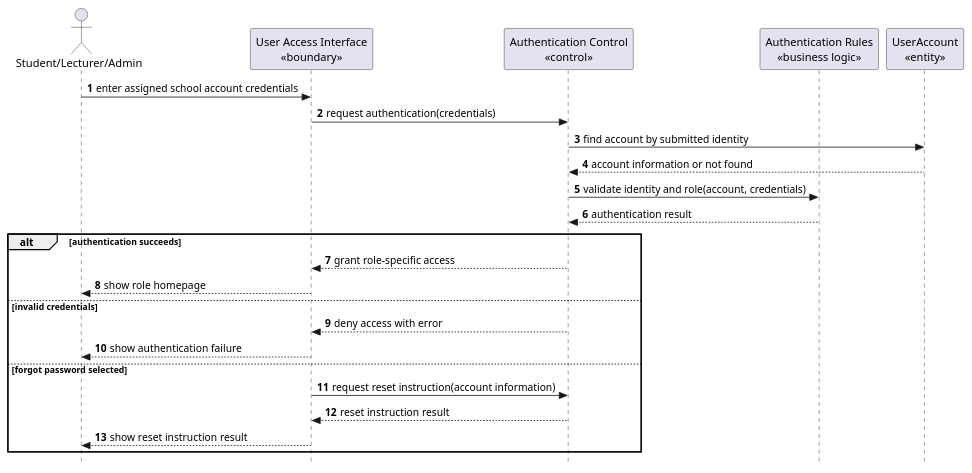
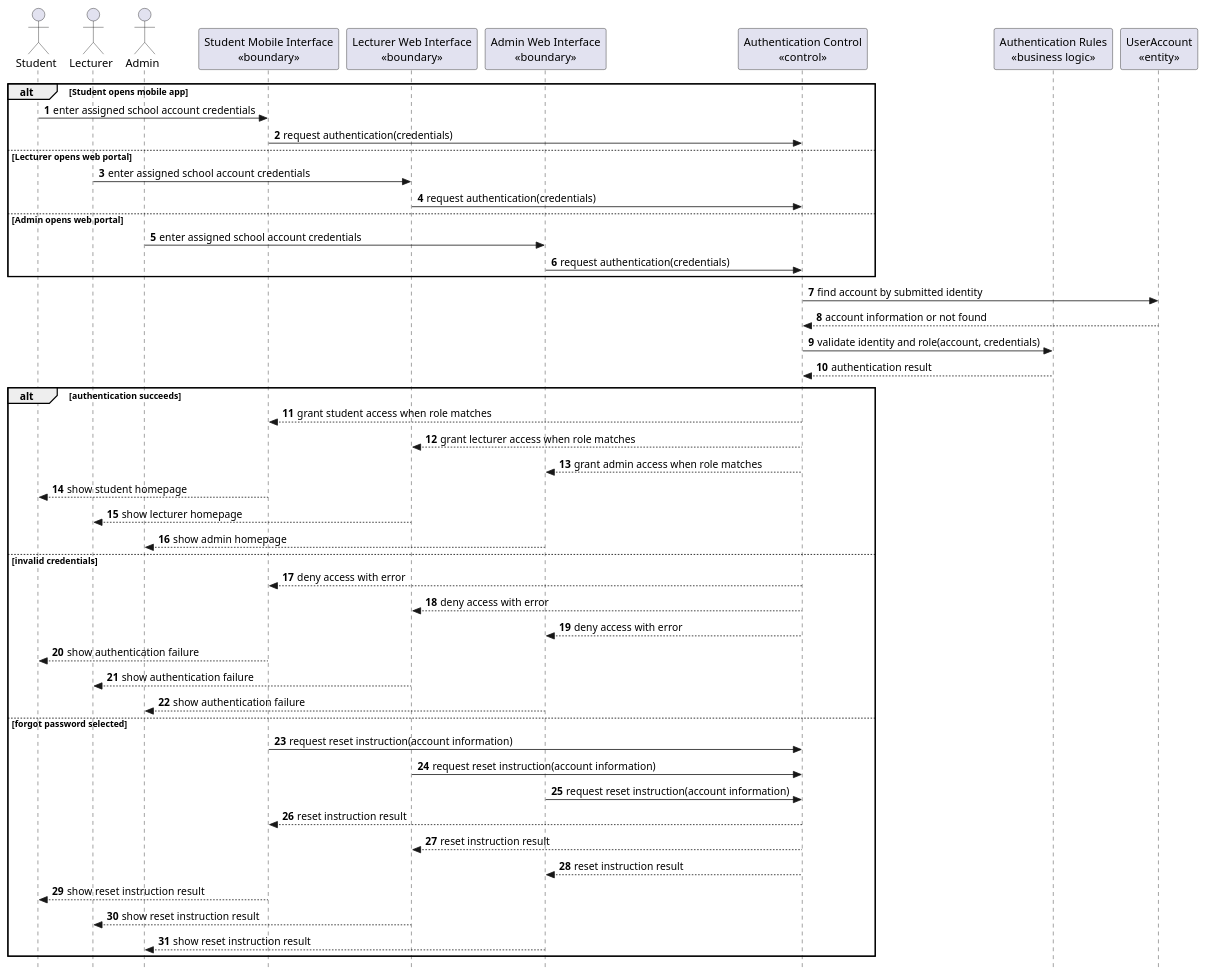
Before and after one commit to nttung42/SWD392: the fourth of 26 diagrams in docs/sds/2_Analysis.md, drawn with PlantUML. The commit also changed other lines of this file, not shown here.

Commit message:
tmp Contextual boundary class diagram

````diff
--- a/docs/sds/2_Analysis.md
+++ b/docs/sds/2_Analysis.md
@@ -255,30 +367,57 @@
 ```plantuml
 @startuml
 skinparam style strictuml
 autonumber
-actor "Student/Lecturer/Admin" as User
-participant "User Access Interface\n«boundary»" as UI
+actor "Student" as Student
+actor "Lecturer" as Lecturer
+actor "Admin" as Admin
+participant "Student Mobile Interface\n«boundary»" as StudentUI
+participant "Lecturer Web Interface\n«boundary»" as LecturerUI
+participant "Admin Web Interface\n«boundary»" as AdminUI
 participant "Authentication Control\n«control»" as AuthControl
 participant "Authentication Rules\n«business logic»" as AuthRules
 participant "UserAccount\n«entity»" as UserAccount
 
-User -> UI : enter assigned school account credentials
-UI -> AuthControl : request authentication(credentials)
+alt Student opens mobile app
+  Student -> StudentUI : enter assigned school account credentials
+  StudentUI -> AuthControl : request authentication(credentials)
+else Lecturer opens web portal
+  Lecturer -> LecturerUI : enter assigned school account credentials
+  LecturerUI -> AuthControl : request authentication(credentials)
+else Admin opens web portal
+  Admin -> AdminUI : enter assigned school account credentials
+  AdminUI -> AuthControl : request authentication(credentials)
+end
+
 AuthControl -> UserAccount : find account by submitted identity
 UserAccount --> AuthControl : account information or not found
 AuthControl -> AuthRules : validate identity and role(account, credentials)
 AuthRules --> AuthControl : authentication result
 
 alt authentication succeeds
-  AuthControl --> UI : grant role-specific access
-  UI --> User : show role homepage
+  AuthControl --> StudentUI : grant student access when role matches
+  AuthControl --> LecturerUI : grant lecturer access when role matches
+  AuthControl --> AdminUI : grant admin access when role matches
+  StudentUI --> Student : show student homepage
+  LecturerUI --> Lecturer : show lecturer homepage
+  AdminUI --> Admin : show admin homepage
 else invalid credentials
-  AuthControl --> UI : deny access with error
-  UI --> User : show authentication failure
+  AuthControl --> StudentUI : deny access with error
+  AuthControl --> LecturerUI : deny access with error
+  AuthControl --> AdminUI : deny access with error
+  StudentUI --> Student : show authentication failure
+  LecturerUI --> Lecturer : show authentication failure
+  AdminUI --> Admin : show authentication failure
 else forgot password selected
-  UI -> AuthControl : request reset instruction(account information)
-  AuthControl --> UI : reset instruction result
-  UI --> User : show reset instruction result
+  StudentUI -> AuthControl : request reset instruction(account information)
+  LecturerUI -> AuthControl : request reset instruction(account information)
+  AdminUI -> AuthControl : request reset instruction(account information)
+  AuthControl --> StudentUI : reset instruction result
+  AuthControl --> LecturerUI : reset instruction result
+  AuthControl --> AdminUI : reset instruction result
+  StudentUI --> Student : show reset instruction result
+  LecturerUI --> Lecturer : show reset instruction result
+  AdminUI --> Admin : show reset instruction result
 end
 @enduml
 ```
````
